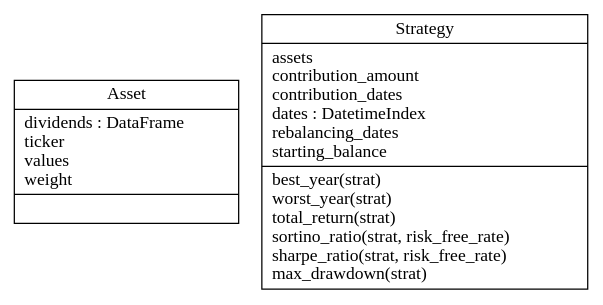
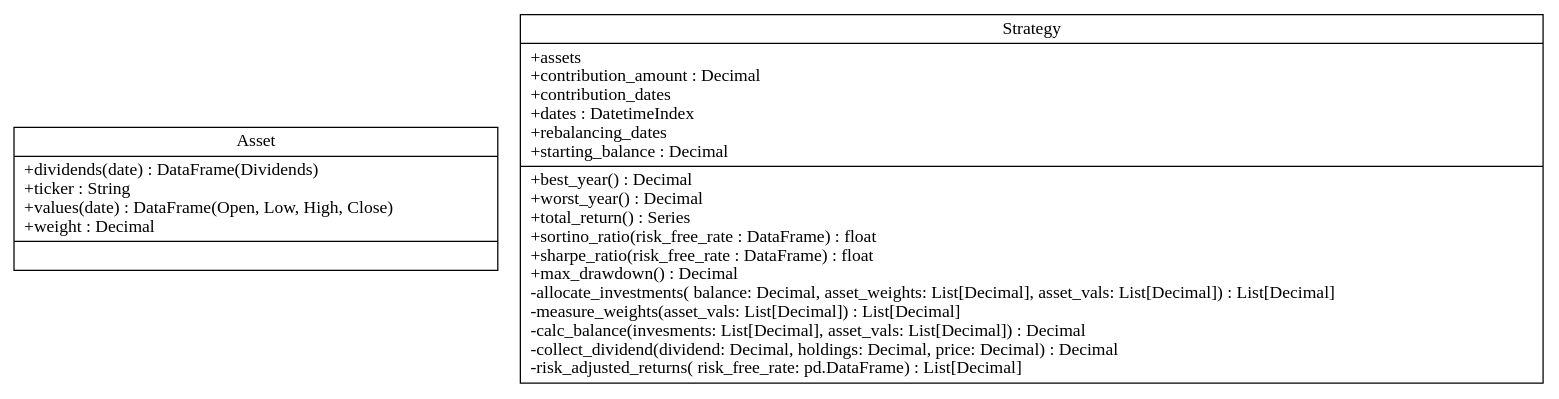
The diagram in Report/uml/classes_analyse_data.dot (Veluga/Thalia-Backtesting-Tool), drawn with Graphviz before and after one commit.

```diff
--- a/Report/uml/classes_analyse_data.dot
+++ b/Report/uml/classes_analyse_data.dot
@@ -1,6 +1,10 @@
 digraph "classes" {
 charset="utf-8"
 rankdir=BT
-"0" [label="{Asset|dividends : DataFrame\lticker\lvalues\lweight\l|}", shape="record"];
-"1" [label="{Strategy|assets\lcontribution_amount\lcontribution_dates\ldates : DatetimeIndex\lrebalancing_dates\lstarting_balance\l|best_year(strat)\lworst_year(strat)\ltotal_return(strat)\lsortino_ratio(strat, risk_free_rate)\lsharpe_ratio(strat, risk_free_rate)\lmax_drawdown(strat)\l}", shape="record"];
+"0" [label="{Asset|+dividends(date) : DataFrame(Dividends)\l+ticker : String\l+values(date) : DataFrame(Open, Low, High, Close)\l+weight : Decimal\l|}", shape="record"];
+"1" [label="{Strategy|+assets\l+contribution_amount : Decimal\l+contribution_dates\l+dates : DatetimeIndex\l+rebalancing_dates\l+starting_balance : Decimal\l|+best_year() : Decimal\l+worst_year() : Decimal\l+total_return() : Series\l+sortino_ratio(risk_free_rate : DataFrame) : float\l+sharpe_ratio(risk_free_rate : DataFrame) : float\l+max_drawdown() : Decimal\l-allocate_investments(
+    balance: Decimal, asset_weights: List[Decimal], asset_vals: List[Decimal]) : List[Decimal]\l-measure_weights(asset_vals: List[Decimal]) : List[Decimal]\l-calc_balance(invesments: List[Decimal], asset_vals: List[Decimal]) : Decimal\l-collect_dividend(dividend: Decimal, holdings: Decimal, price: Decimal) : Decimal\l-risk_adjusted_returns(
+    risk_free_rate: pd.DataFrame
+) : List[Decimal]\l}", shape="record"];
+
 }
```
